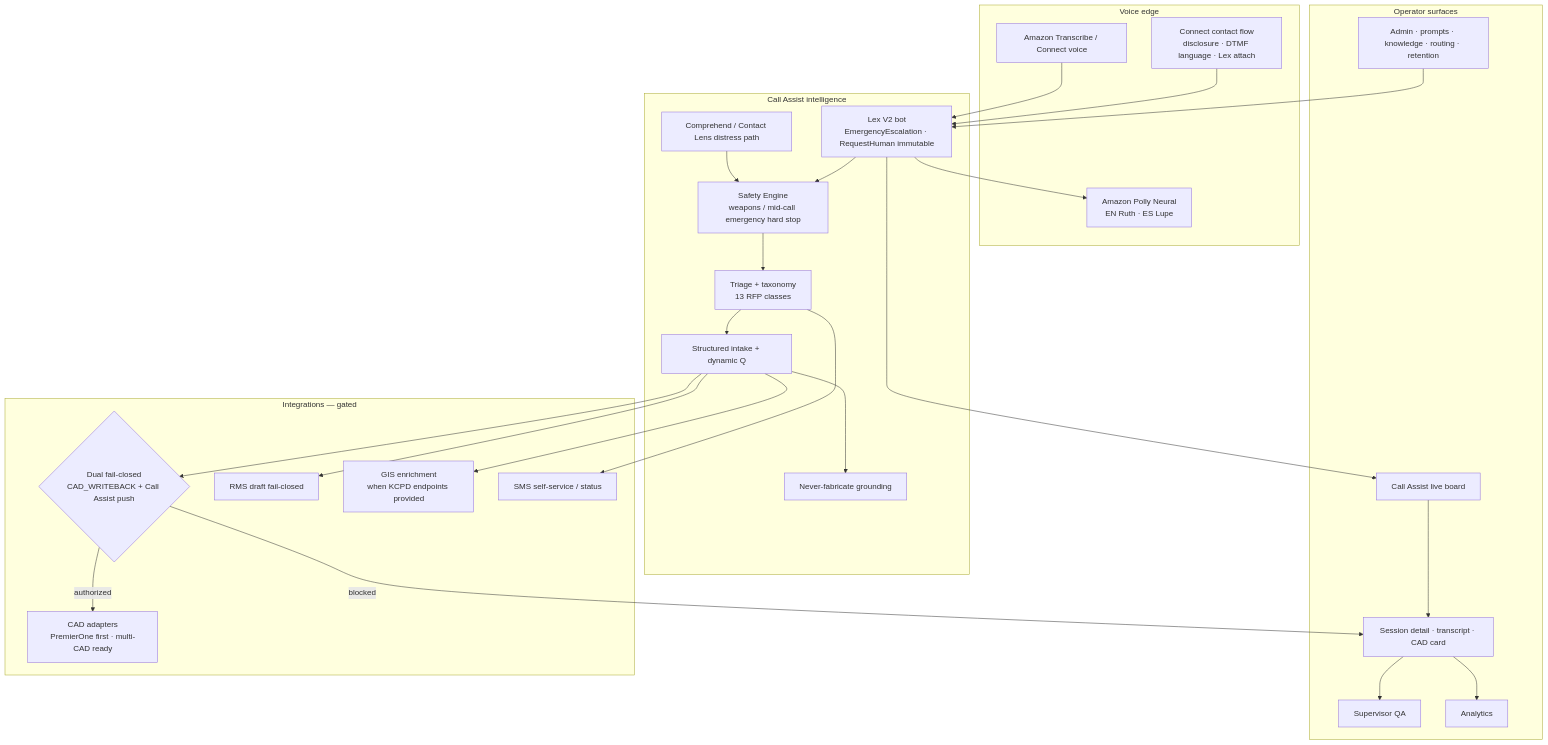
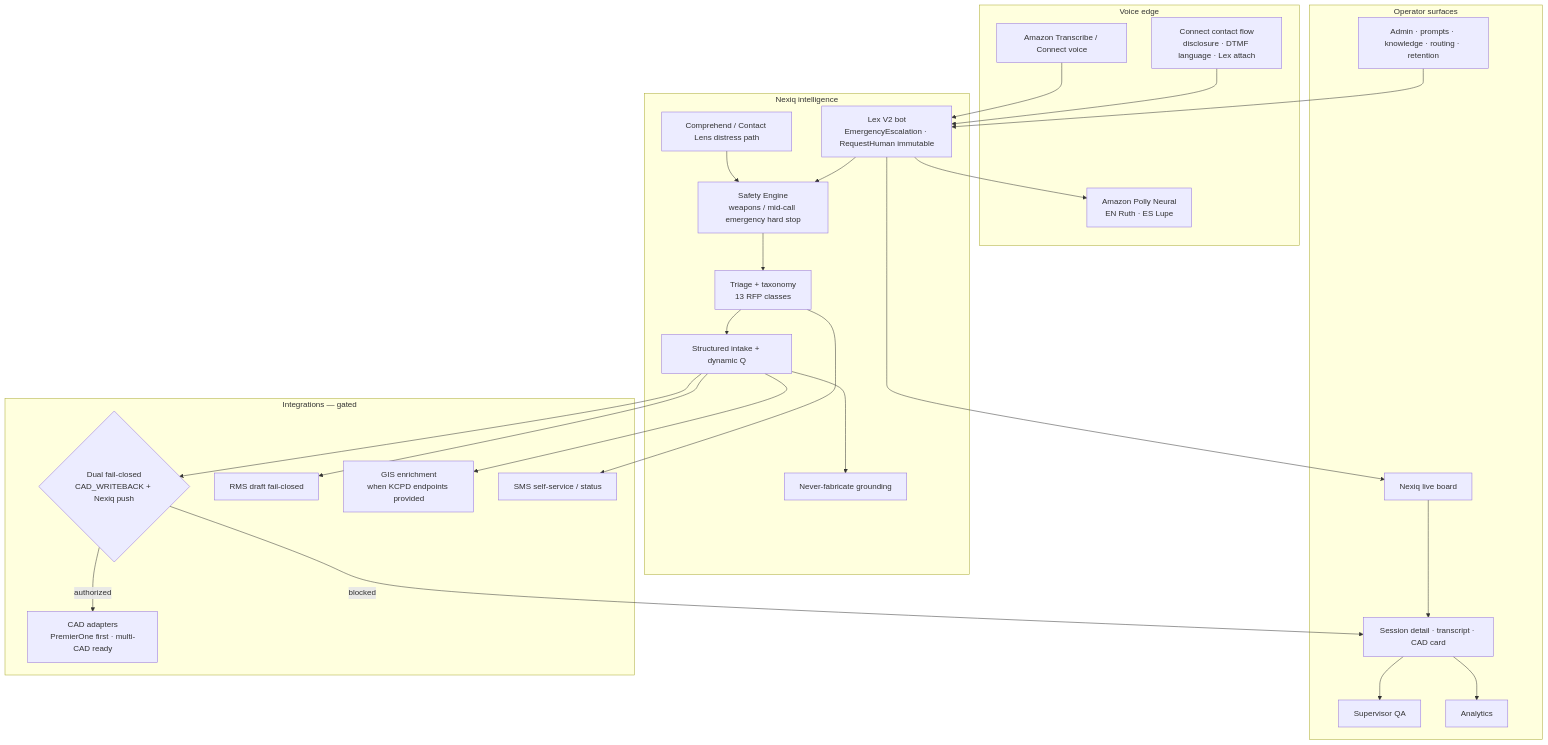
One commit to memphman2004/rapidcortex changed the third of 4 diagrams in docs/rfp/kcpd-2026-0010/07-architecture-overview.md. Above: the diagram before and after it, drawn with Mermaid. The commit also changed other lines of this file and 215 other files, not shown here.

````diff
--- a/docs/rfp/kcpd-2026-0010/07-architecture-overview.md
+++ b/docs/rfp/kcpd-2026-0010/07-architecture-overview.md
@@ -107,53 +107,53 @@
 ```mermaid
 flowchart TB
   subgraph Edge["Voice edge"]
     CF[Connect contact flow<br/>disclosure · DTMF language · Lex attach]
     STT[Amazon Transcribe / Connect voice]
     TTS[Amazon Polly Neural<br/>EN Ruth · ES Lupe]
   end
 
-  subgraph Brain["Call Assist intelligence"]
+  subgraph Brain["Nexiq intelligence"]
     LexBot[Lex V2 bot<br/>EmergencyEscalation · RequestHuman immutable]
     Safety[Safety Engine<br/>weapons / mid-call emergency hard stop]
     Triage[Triage + taxonomy<br/>13 RFP classes]
     Intake[Structured intake + dynamic Q]
     Ground[Never-fabricate grounding]
     Sentiment[Comprehend / Contact Lens distress path]
   end
 
   subgraph Ops["Operator surfaces"]
-    Board[Call Assist live board]
+    Board[Nexiq live board]
     Session[Session detail · transcript · CAD card]
     QA[Supervisor QA]
     Analytics[Analytics]
     Admin[Admin · prompts · knowledge · routing · retention]
   end
 
   subgraph Integration["Integrations — gated"]
-    CadGate{Dual fail-closed<br/>CAD_WRITEBACK + Call Assist push}
+    CadGate{Dual fail-closed<br/>CAD_WRITEBACK + Nexiq push}
     CadAdapters[CAD adapters<br/>PremierOne first · multi-CAD ready]
     RmsGate[RMS draft fail-closed]
     Gis[GIS enrichment<br/>when KCPD endpoints provided]
     Sms[SMS self-service / status]
   end
 
   CF --> LexBot
   STT --> LexBot
   LexBot --> TTS
   LexBot --> Safety
   Safety --> Triage
   Triage --> Intake
   Intake --> Ground
   Sentiment --> Safety
   LexBot --> Board
   Board --> Session
   Session --> QA
   Session --> Analytics
   Admin --> LexBot
   Intake --> CadGate
   CadGate -->|authorized| CadAdapters
   CadGate -->|blocked| Session
   Intake --> RmsGate
   Intake --> Gis
   Triage --> Sms
 ```
````
